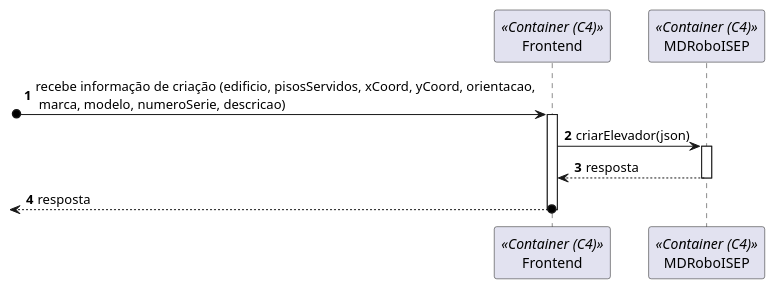
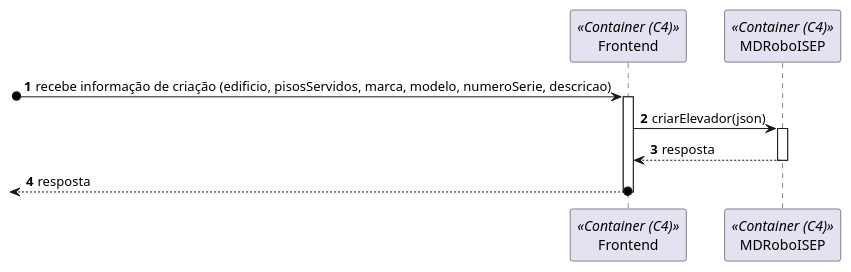
Before and after one commit to SEM5PI2324G58/sem5pi_g58_23_24: the diagram in docs/Sprint_A/US_270/N2/N2_VP.puml, drawn with PlantUML. The commit also changed 6 other files, not shown here.

Commit message:
[US270][Design] Atualização dos diagramas da VP e coreção do .md

```diff
--- a/docs/Sprint_A/US_270/N2/N2_VP.puml
+++ b/docs/Sprint_A/US_270/N2/N2_VP.puml
@@ -1,11 +1,11 @@
 autonumber
 
 participant Frontend as fe <<Container (C4)>>
 participant MDRoboISEP as md <<Container (C4)>>
 
-[o-> fe: recebe informação de criação (edificio, pisosServidos, xCoord, yCoord, orientacao,\n marca, modelo, numeroSerie, descricao)
+[o-> fe: recebe informação de criação (edificio, pisosServidos, marca, modelo, numeroSerie, descricao)
 activate fe
 fe	-> md: criarElevador(json)
 activate md
 return resposta
 return resposta
```
